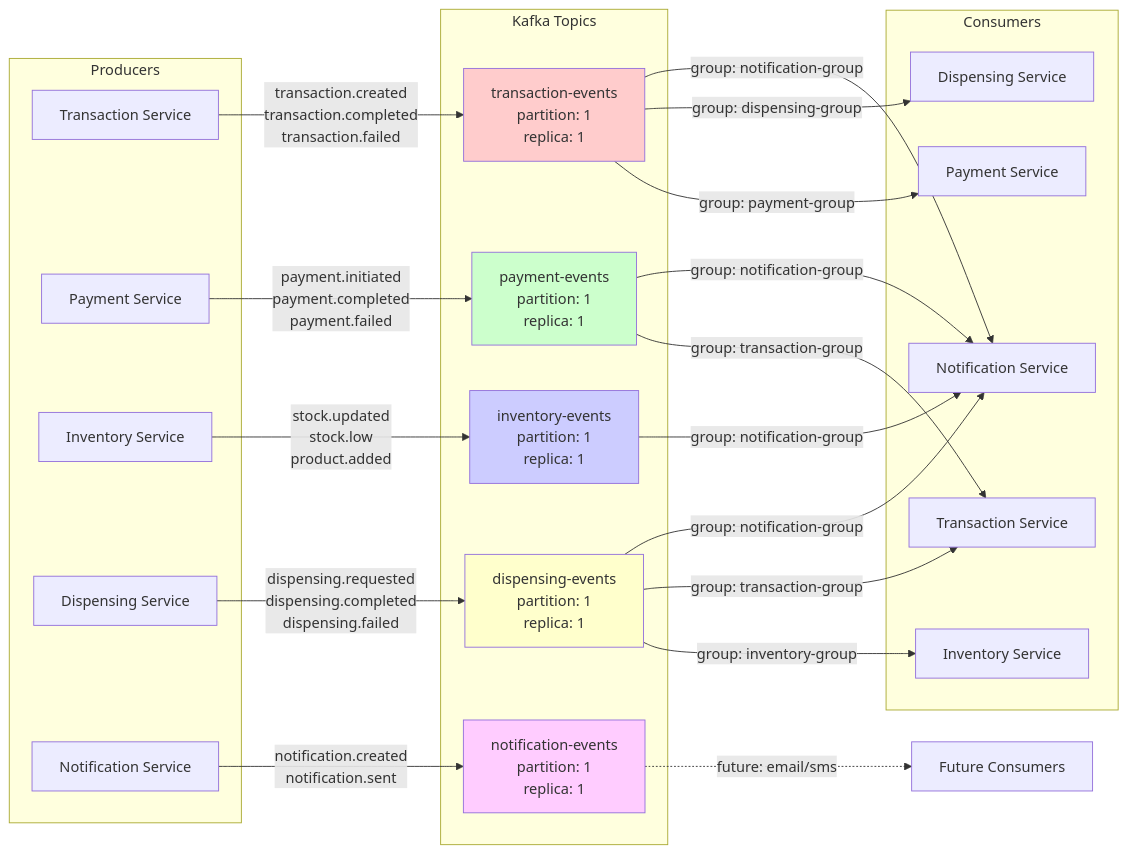
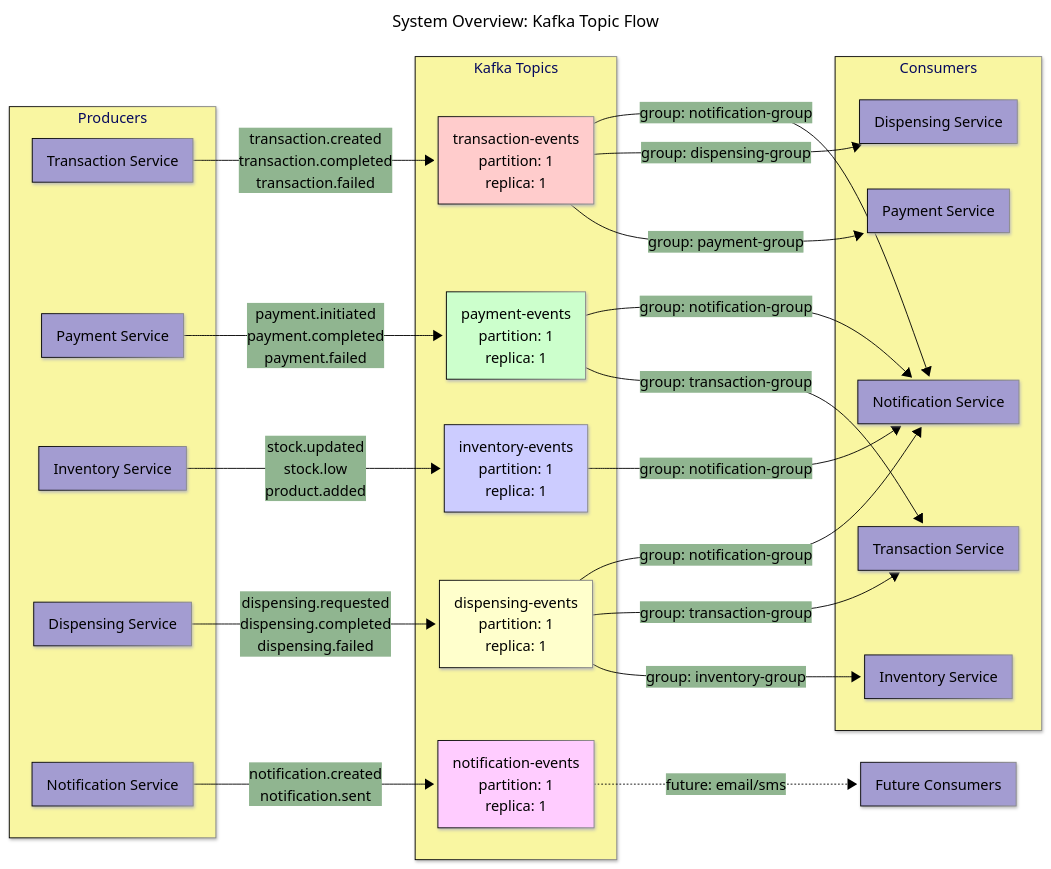
Before and after one commit to BrunoGil-AS/Vending-Machine-Microservices: the third of 8 diagrams in Documentation/diagrams/system-overview.md, drawn with Mermaid. The commit also changed other lines of this file and 7 other files, not shown here.

Commit message:
docs: Update service diagrams with new configurations and titles

````diff
--- a/Documentation/diagrams/system-overview.md
+++ b/Documentation/diagrams/system-overview.md
@@ -174,57 +202,71 @@
 ```mermaid
+---
+config:
+  theme: base
+  themeVariables:
+    primaryColor: '#a39cd1ff'
+    primaryTextColor: '#000000'
+    secondaryTextColor: '#ffffffff'
+    primaryBorderColor: '#000000'
+    lineColor: '#000000ff'
+    secondaryColor: '#90b590ff'
+    tertiaryColor: '#f9f6a1ff'
+  look: neo
+title: 'System Overview: Kafka Topic Flow'
+---
 graph LR
     subgraph "Producers"
         TRANS_PROD[Transaction Service]
         PAY_PROD[Payment Service]
         INV_PROD[Inventory Service]
         DISP_PROD[Dispensing Service]
         NOTIF_PROD[Notification Service]
     end
 
     subgraph "Kafka Topics"
         TRANS_TOPIC[transaction-events<br/>partition: 1<br/>replica: 1]
         PAY_TOPIC[payment-events<br/>partition: 1<br/>replica: 1]
         INV_TOPIC[inventory-events<br/>partition: 1<br/>replica: 1]
         DISP_TOPIC[dispensing-events<br/>partition: 1<br/>replica: 1]
         NOTIF_TOPIC[notification-events<br/>partition: 1<br/>replica: 1]
     end
 
     subgraph "Consumers"
         TRANS_CONS[Transaction Service]
         PAY_CONS[Payment Service]
         INV_CONS[Inventory Service]
         DISP_CONS[Dispensing Service]
         NOTIF_CONS[Notification Service]
     end
 
     %% Transaction Events
     TRANS_PROD -->|transaction.created<br/>transaction.completed<br/>transaction.failed| TRANS_TOPIC
     TRANS_TOPIC -->|group: payment-group| PAY_CONS
     TRANS_TOPIC -->|group: dispensing-group| DISP_CONS
     TRANS_TOPIC -->|group: notification-group| NOTIF_CONS
 
     %% Payment Events
     PAY_PROD -->|payment.initiated<br/>payment.completed<br/>payment.failed| PAY_TOPIC
     PAY_TOPIC -->|group: transaction-group| TRANS_CONS
     PAY_TOPIC -->|group: notification-group| NOTIF_CONS
 
     %% Inventory Events
     INV_PROD -->|stock.updated<br/>stock.low<br/>product.added| INV_TOPIC
     INV_TOPIC -->|group: notification-group| NOTIF_CONS
 
     %% Dispensing Events
     DISP_PROD -->|dispensing.requested<br/>dispensing.completed<br/>dispensing.failed| DISP_TOPIC
     DISP_TOPIC -->|group: inventory-group| INV_CONS
     DISP_TOPIC -->|group: transaction-group| TRANS_CONS
     DISP_TOPIC -->|group: notification-group| NOTIF_CONS
 
     %% Notification Events
     NOTIF_PROD -->|notification.created<br/>notification.sent| NOTIF_TOPIC
     NOTIF_TOPIC -.->|future: email/sms| FUTURE[Future Consumers]
 
     style TRANS_TOPIC fill:#ffcccc
     style PAY_TOPIC fill:#ccffcc
     style INV_TOPIC fill:#ccccff
     style DISP_TOPIC fill:#ffffcc
     style NOTIF_TOPIC fill:#ffccff
 ```
````
